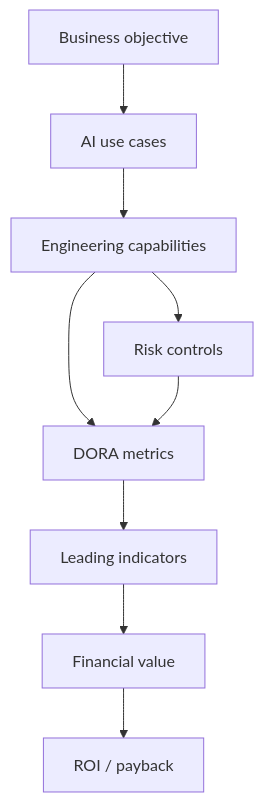
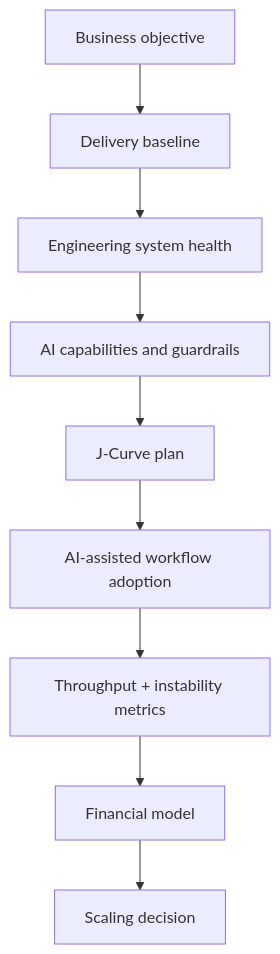
Before and after one commit to VladimirSemenyuk/KnowledgeOS: the third of 3 diagrams in Frameworks/ai-transformation/dora-roi-of-ai-assisted-software-development-2026.md, drawn with Mermaid. The commit also changed other lines of this file and 36 other files, not shown here.

````diff
--- a/Frameworks/ai-transformation/dora-roi-of-ai-assisted-software-development-2026.md
+++ b/Frameworks/ai-transformation/dora-roi-of-ai-assisted-software-development-2026.md
@@ -344,11 +381,11 @@
 ```mermaid
 flowchart TD
-    A["Business objective"] --> B["AI use cases"]
-    B --> C["Engineering capabilities"]
-    C --> D["DORA metrics"]
-    D --> E["Leading indicators"]
-    E --> F["Financial value"]
-    F --> G["ROI / payback"]
-    C --> H["Risk controls"]
-    H --> D
+    A["Business objective"] --> B["Delivery baseline"]
+    B --> C["Engineering system health"]
+    C --> D["AI capabilities and guardrails"]
+    D --> E["J-Curve plan"]
+    E --> F["AI-assisted workflow adoption"]
+    F --> G["Throughput + instability metrics"]
+    G --> H["Financial model"]
+    H --> I["Scaling decision"]
 ```
````
